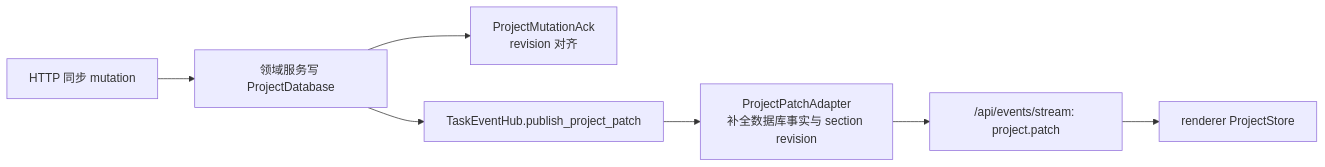
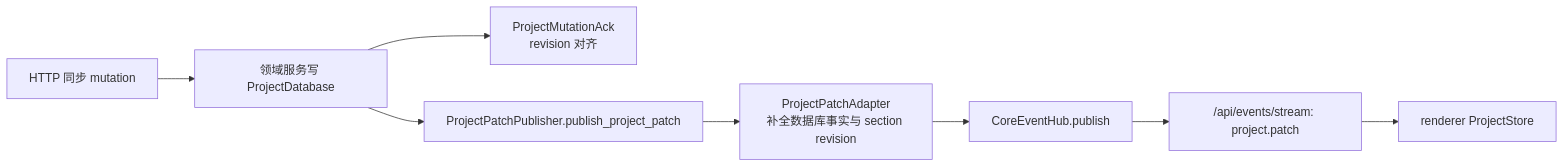
Before and after one commit to neavo/LinguaGacha: the diagram in docs/BACKEND.md, drawn with Mermaid. The commit also changed other lines of this file and 99 other files, not shown here.

````diff
--- a/docs/BACKEND.md
+++ b/docs/BACKEND.md
@@ -49,9 +49,10 @@
 ```mermaid
 flowchart LR
   A["HTTP 同步 mutation"] --> B["领域服务写 ProjectDatabase"]
   B --> C["ProjectMutationAck<br/>revision 对齐"]
-  B --> D["TaskEventHub.publish_project_patch"]
+  B --> D["ProjectPatchPublisher.publish_project_patch"]
   D --> E["ProjectPatchAdapter<br/>补全数据库事实与 section revision"]
-  E --> F["/api/events/stream: project.patch"]
-  F --> G["renderer ProjectStore"]
+  E --> F["CoreEventHub.publish"]
+  F --> G["/api/events/stream: project.patch"]
+  G --> H["renderer ProjectStore"]
 ```
````
